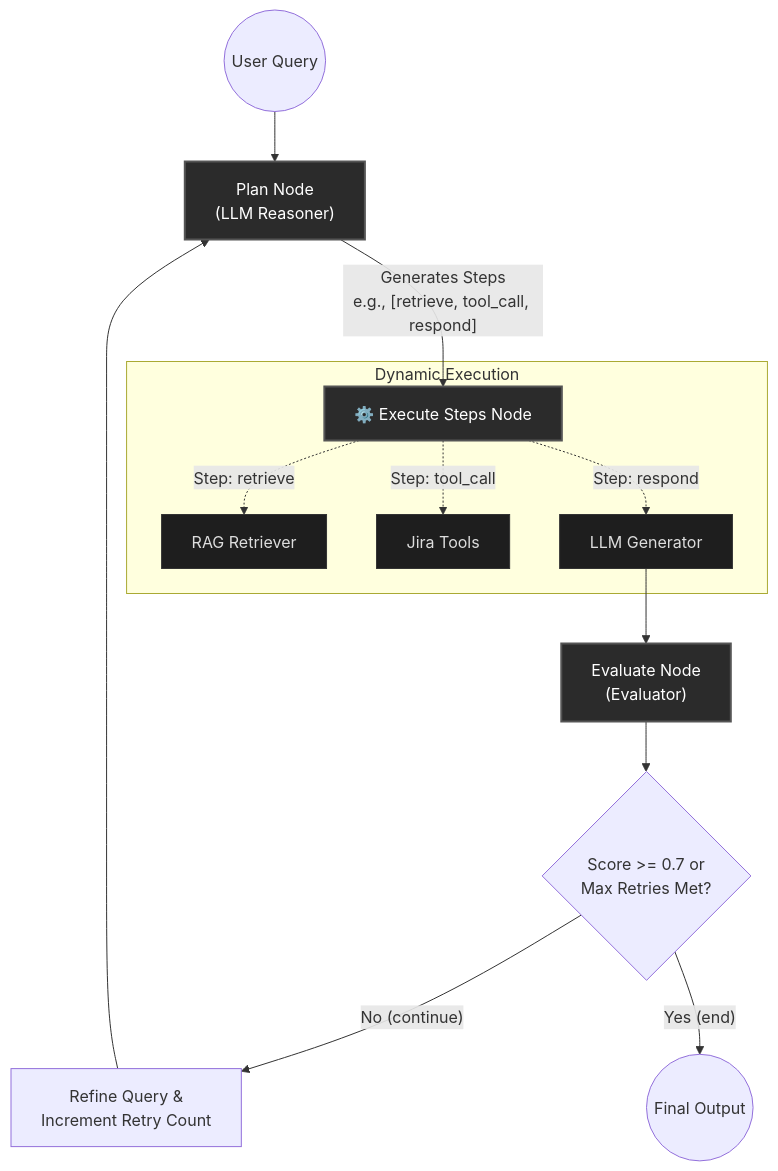
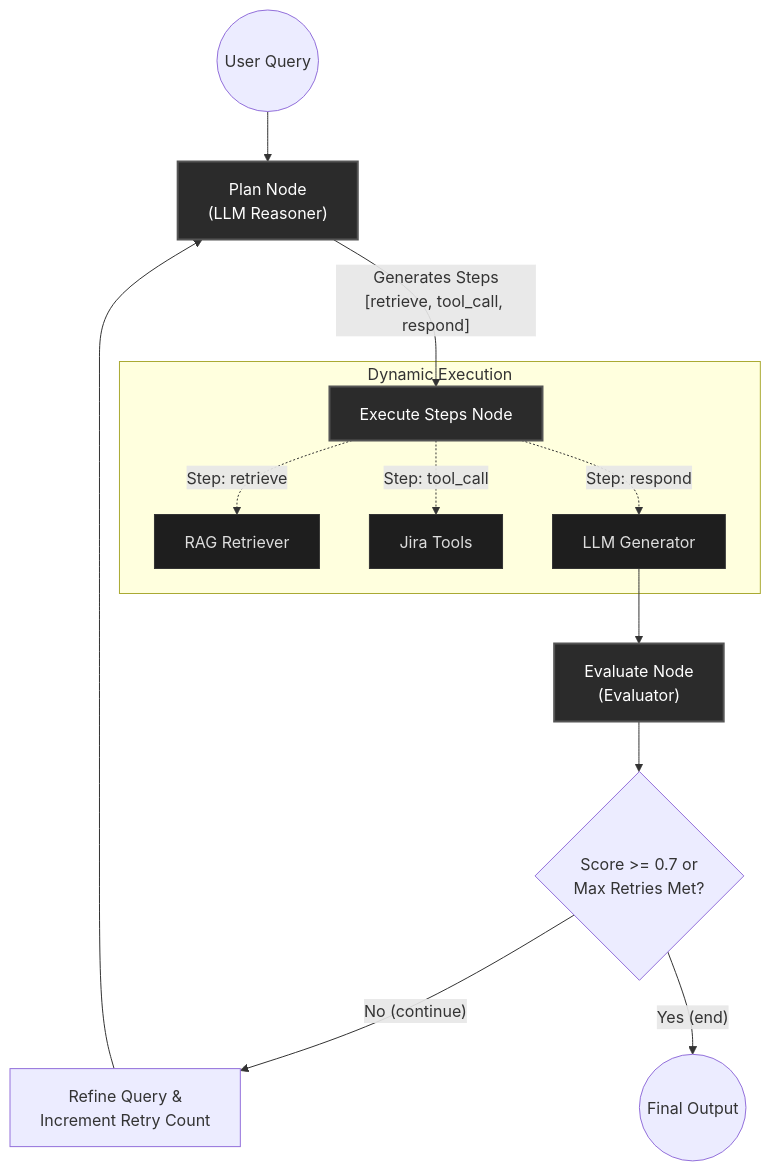
The second of 2 diagrams in README.md (iam4tart/agentic-crm-support), drawn with Mermaid before and after one commit. The commit also changed 6 other files, not shown here.

````diff
--- a/README.md
+++ b/README.md
@@ -24,26 +24,26 @@
 ```mermaid
 graph TD
     Start((User Query)) --> PlanNode["Plan Node\n(LLM Reasoner)"]
     
-    PlanNode --> |"Generates Steps\ne.g., [retrieve, tool_call, respond]"| ExecNode["⚙️ Execute Steps Node"]
+    PlanNode --> |"Generates Steps\n[retrieve, tool_call, respond]"| ExecNode["Execute Steps Node"]
     
     subgraph "Dynamic Execution"
         ExecNode -.-> |"Step: retrieve"| Retrieve["RAG Retriever"]
         ExecNode -.-> |"Step: tool_call"| Tools["Jira Tools"]
         ExecNode -.-> |"Step: respond"| Generator["LLM Generator"]
     end
     
     Generator --> EvalNode["Evaluate Node\n(Evaluator)"]
     
     EvalNode --> Condition{"Score >= 0.7 or\nMax Retries Met?"}
     
     Condition -->|"No (continue)"| Refine["Refine Query &\nIncrement Retry Count"]
     Refine --> PlanNode
     
     Condition -->|"Yes (end)"| Final((Final Output))
 
     classDef main fill:#2b2b2b,stroke:#555,stroke-width:2px,color:#fff
     classDef sub fill:#1e1e1e,stroke:#333,stroke-width:1px,color:#ddd
     class PlanNode,ExecNode,EvalNode main
     class Retrieve,Tools,Generator sub
 ```
````
